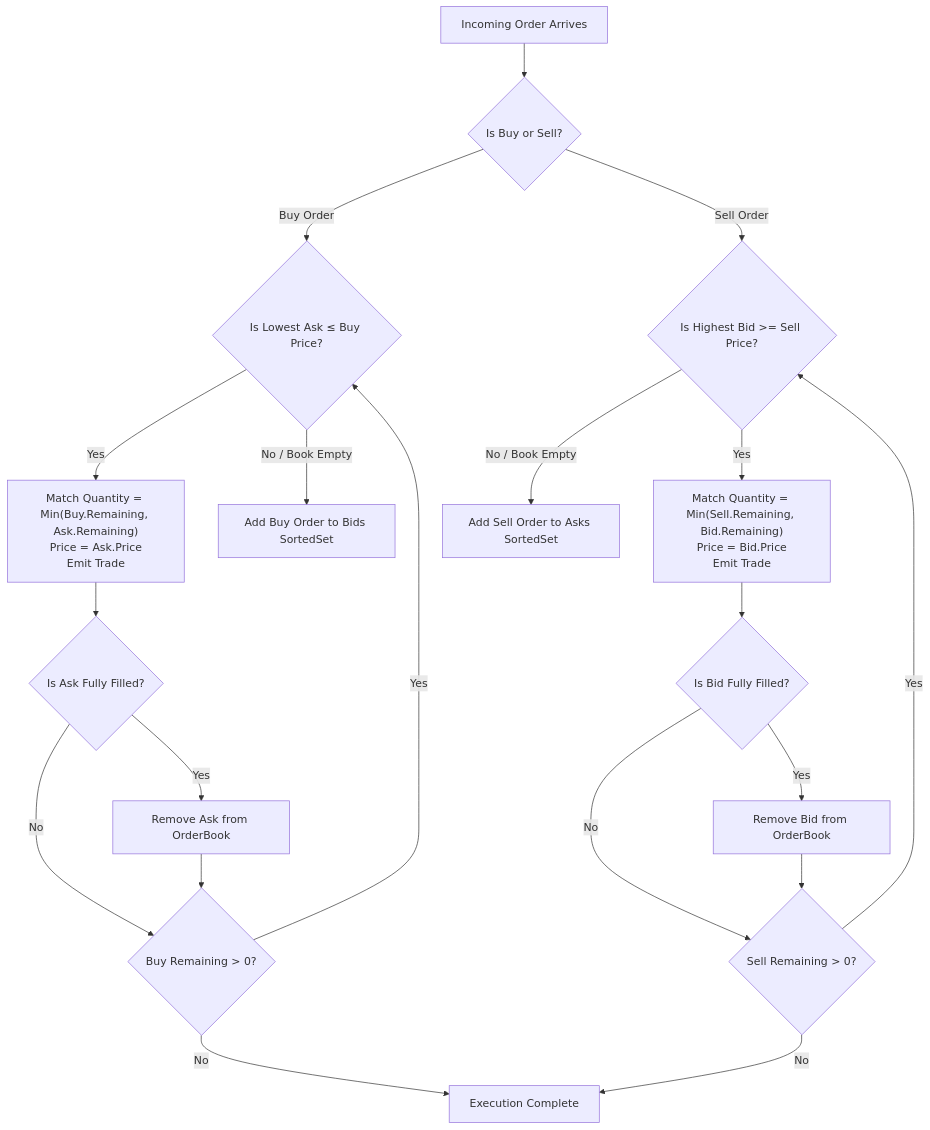
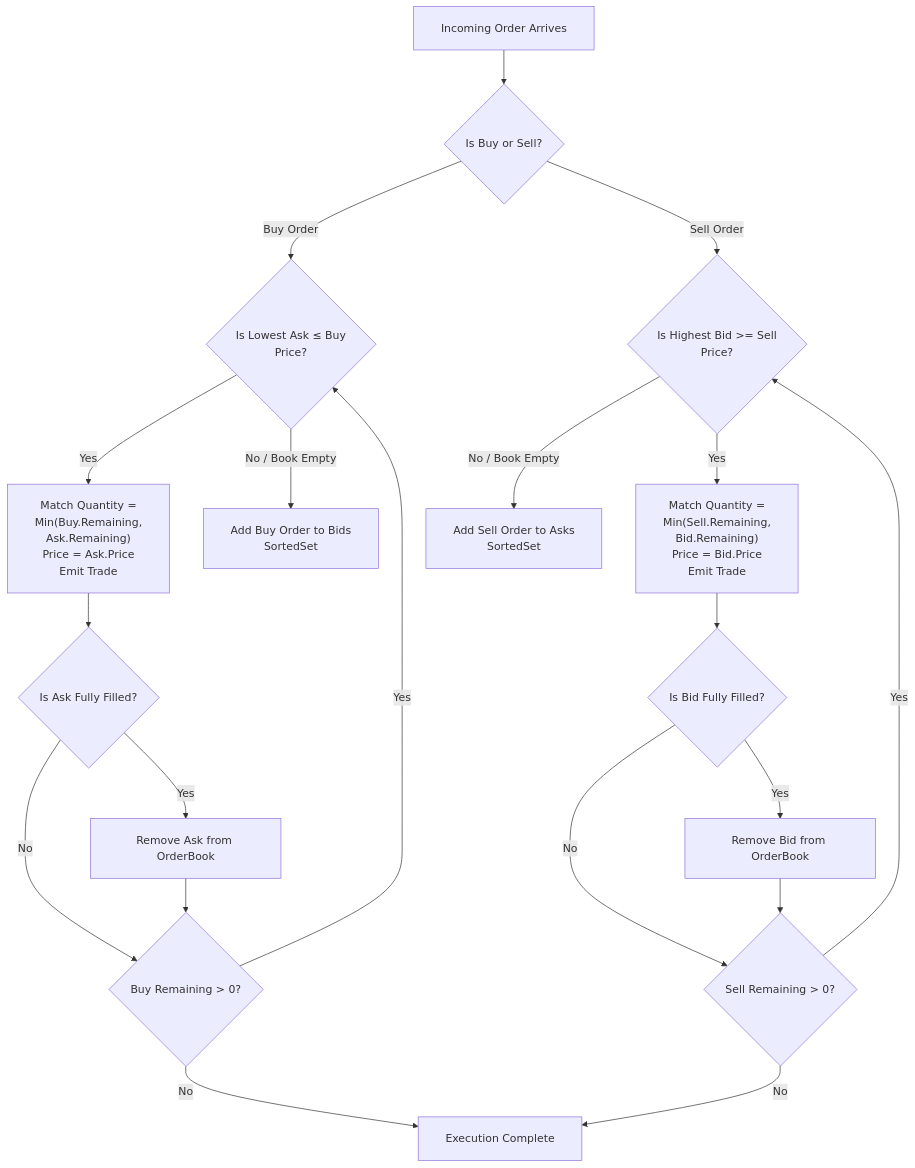
One commit to dip4k/DSA_102 changed the second of 2 diagrams in LLD/04_Tier4_Senior_Backend/35_Stock_Exchange_Matching_Engine.md. Above: the diagram before and after it, drawn with Mermaid. The commit also changed 108 other files, not shown here.

First line of the commit message:
fix(mermaid): resolve diagram clipping, padding, and syntax issues across repo

````diff
--- a/LLD/04_Tier4_Senior_Backend/35_Stock_Exchange_Matching_Engine.md
+++ b/LLD/04_Tier4_Senior_Backend/35_Stock_Exchange_Matching_Engine.md
@@ -286,24 +286,25 @@
 ```mermaid
+%%{init: {"flowchart": {"htmlLabels": true, "padding": 20}}}%%
 flowchart TD
     Start["Incoming Order Arrives"] --> CheckSide{"Is Buy or Sell?"}
 
-    CheckSide -->|Buy Order| MatchAsk{"Is Lowest Ask &le; Buy Price?"}
-    MatchAsk -->|Yes| ExecBuy["Match Quantity = Min(Buy.Remaining, Ask.Remaining)<br/>Price = Ask.Price<br/>Emit Trade"]
+    CheckSide -->|Buy Order| MatchAsk{"Is Lowest Ask &le; Buy<br/>Price?"}
+    MatchAsk -->|Yes| ExecBuy["Match Quantity =<br/>Min(Buy.Remaining,<br/>Ask.Remaining)<br/>Price = Ask.Price<br/>Emit Trade"]
     ExecBuy --> RemoveAsk{"Is Ask Fully Filled?"}
     RemoveAsk -->|Yes| PopAsk["Remove Ask from OrderBook"]
     RemoveAsk -->|No| CheckRemainingBuy{"Buy Remaining > 0?"}
     PopAsk --> CheckRemainingBuy
     CheckRemainingBuy -->|Yes| MatchAsk
     CheckRemainingBuy -->|No| Done["Execution Complete"]
-    MatchAsk -->|No / Book Empty| AddBuyToBook["Add Buy Order to Bids SortedSet"]
+    MatchAsk -->|No / Book Empty| AddBuyToBook["Add Buy Order to Bids<br/>SortedSet"]
 
-    CheckSide -->|Sell Order| MatchBid{"Is Highest Bid >= Sell Price?"}
-    MatchBid -->|Yes| ExecSell["Match Quantity = Min(Sell.Remaining, Bid.Remaining)<br/>Price = Bid.Price<br/>Emit Trade"]
+    CheckSide -->|Sell Order| MatchBid{"Is Highest Bid >= Sell<br/>Price?"}
+    MatchBid -->|Yes| ExecSell["Match Quantity =<br/>Min(Sell.Remaining,<br/>Bid.Remaining)<br/>Price = Bid.Price<br/>Emit Trade"]
     ExecSell --> RemoveBid{"Is Bid Fully Filled?"}
     RemoveBid -->|Yes| PopBid["Remove Bid from OrderBook"]
     RemoveBid -->|No| CheckRemainingSell{"Sell Remaining > 0?"}
     PopBid --> CheckRemainingSell
     CheckRemainingSell -->|Yes| MatchBid
     CheckRemainingSell -->|No| Done
-    MatchBid -->|No / Book Empty| AddSellToBook["Add Sell Order to Asks SortedSet"]
+    MatchBid -->|No / Book Empty| AddSellToBook["Add Sell Order to Asks<br/>SortedSet"]
 ```
````
